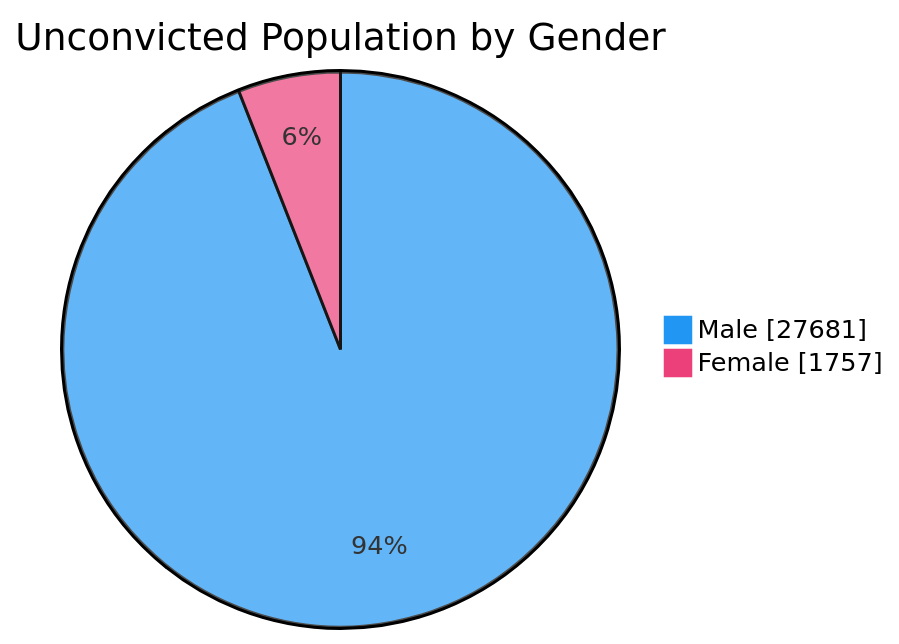
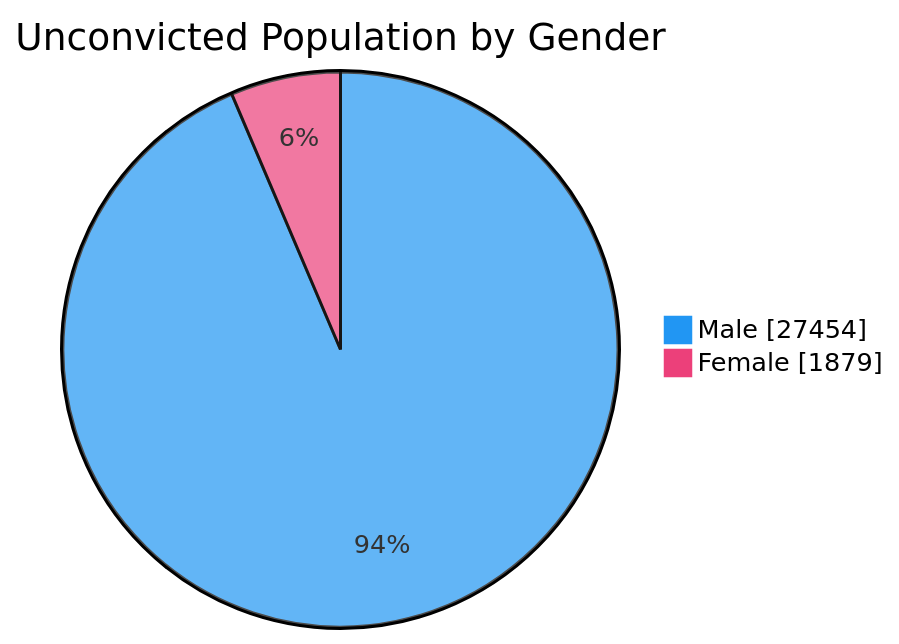
Before and after one commit to nuuuwan/lk_prisons: the fourth of 7 diagrams in README.md, drawn with Mermaid. The commit also changed other lines of this file and 1 other file, not shown here.

````diff
--- a/README.md
+++ b/README.md
@@ -76,6 +76,6 @@
 ```mermaid
 %%{init: {'themeVariables': {'pie1': '#2196F3', 'pie2': '#EC407A'}}}%%
 pie showData title Unconvicted Population by Gender
-    "Male" : 27681
-    "Female" : 1757
+    "Male" : 27454
+    "Female" : 1879
 ```
````
